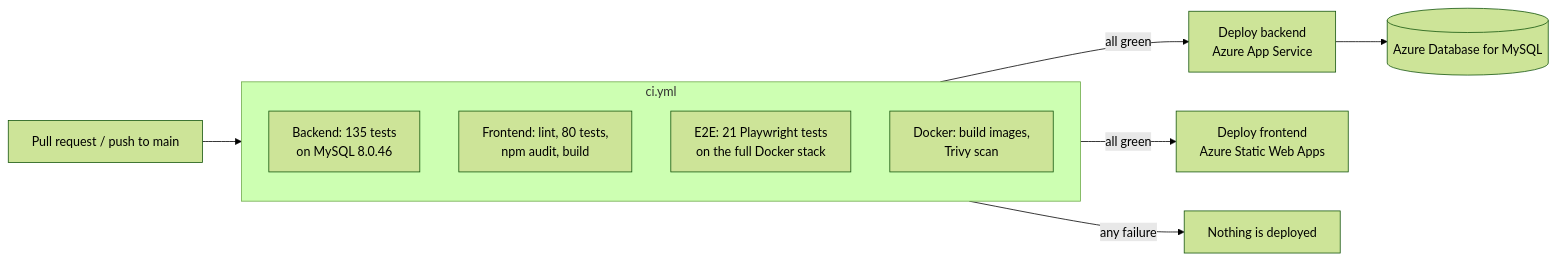
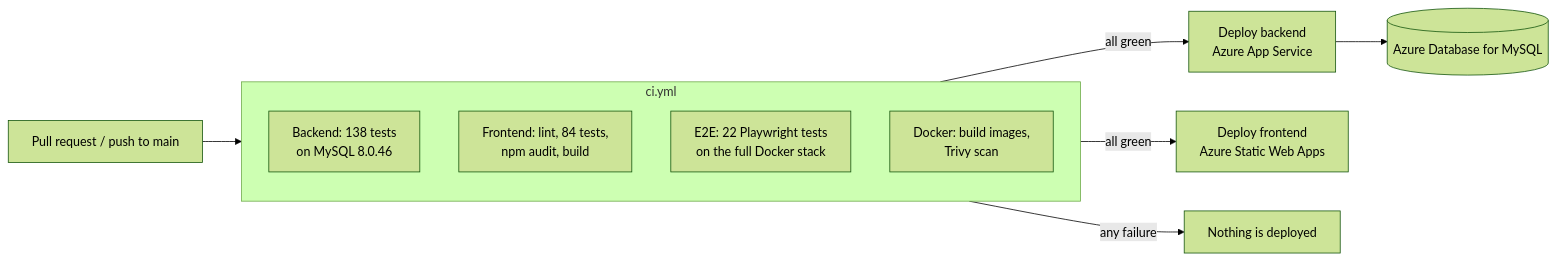
The fourth of 4 diagrams in README.md (Mmeghna10/placementhub), drawn with Mermaid (forest theme) before and after one commit. The commit also changed other lines of this file and 21 other files, not shown here.

````diff
--- a/README.md
+++ b/README.md
@@ -348,14 +350,14 @@
 ```mermaid
 flowchart LR
     PR[Pull request / push to main] --> CI
     subgraph CI["ci.yml"]
-        B["Backend: 135 tests<br/>on MySQL 8.0.46"]
-        F["Frontend: lint, 80 tests,<br/>npm audit, build"]
-        E["E2E: 21 Playwright tests<br/>on the full Docker stack"]
+        B["Backend: 138 tests<br/>on MySQL 8.0.46"]
+        F["Frontend: lint, 84 tests,<br/>npm audit, build"]
+        E["E2E: 22 Playwright tests<br/>on the full Docker stack"]
         D["Docker: build images,<br/>Trivy scan"]
     end
     CI -- all green --> DB["Deploy backend<br/>Azure App Service"]
     CI -- all green --> DF["Deploy frontend<br/>Azure Static Web Apps"]
     CI -- any failure --> X["Nothing is deployed"]
     DB --> M[(Azure Database for MySQL)]
 ```
````
